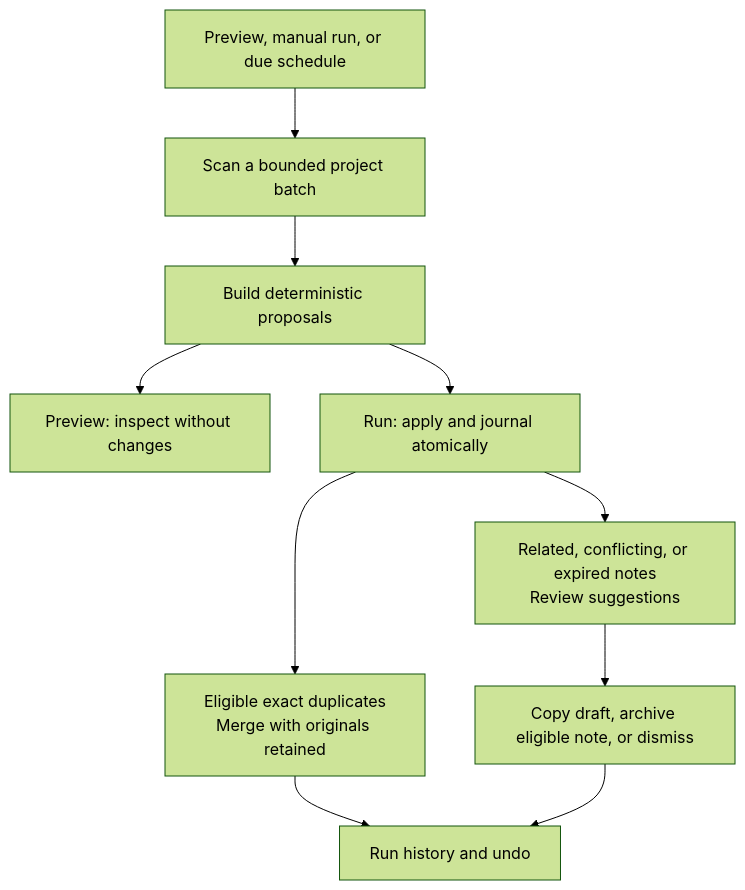
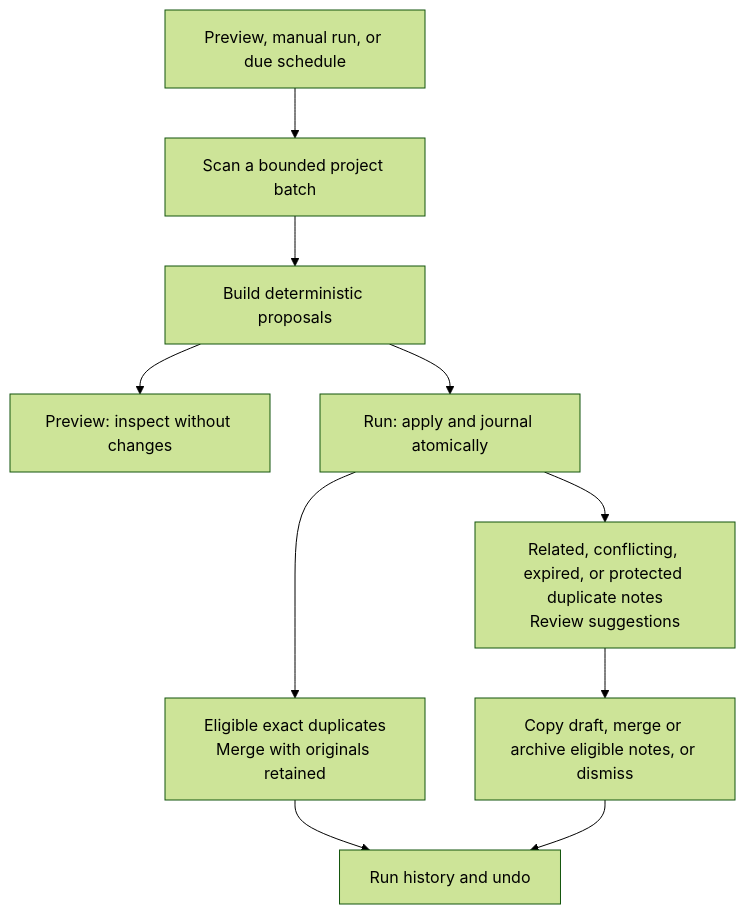
One commit to djkeshawa/visp-memory changed the diagram in docs/guides/DREAMING.md. Above: the diagram before and after it, drawn with Mermaid (forest theme). The commit also changed other lines of this file and 24 other files, not shown here.

````diff
--- a/docs/guides/DREAMING.md
+++ b/docs/guides/DREAMING.md
@@ -9,14 +9,14 @@
 ```mermaid
 flowchart TD
     Start["Preview, manual run, or due schedule"] --> Scan["Scan a bounded project batch"]
     Scan --> Plan["Build deterministic proposals"]
     Plan --> Preview["Preview: inspect without changes"]
     Plan --> Run["Run: apply and journal atomically"]
     Run --> Exact["Eligible exact duplicates
 Merge with originals retained"]
-    Run --> Review["Related, conflicting, or expired notes
+    Run --> Review["Related, conflicting, expired, or protected duplicate notes
 Review suggestions"]
-    Review --> Choice["Copy draft, archive eligible note, or dismiss"]
+    Review --> Choice["Copy draft, merge or archive eligible notes, or dismiss"]
     Exact --> History["Run history and undo"]
     Choice --> History
 ```
````
